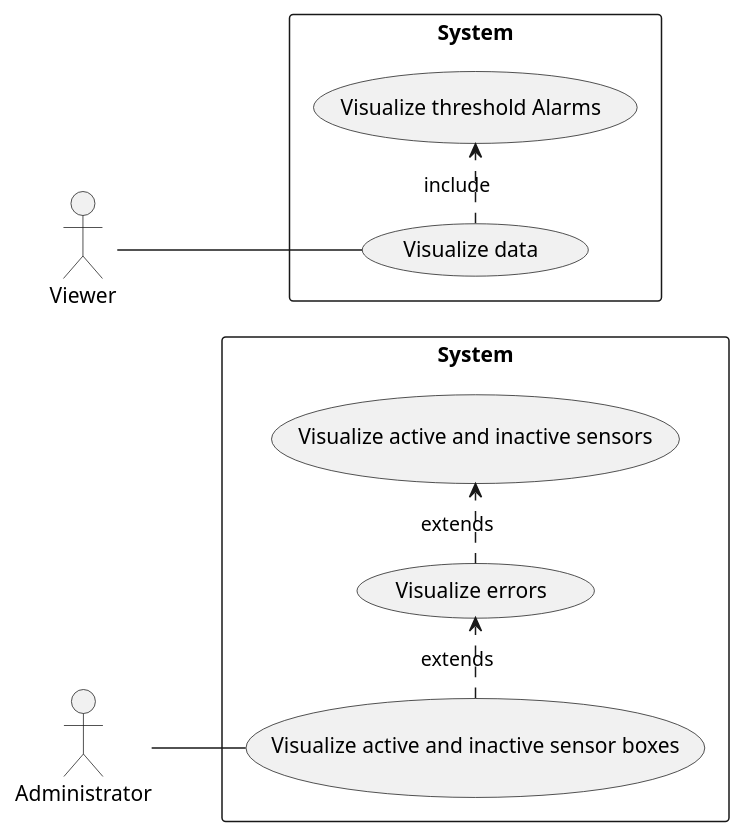
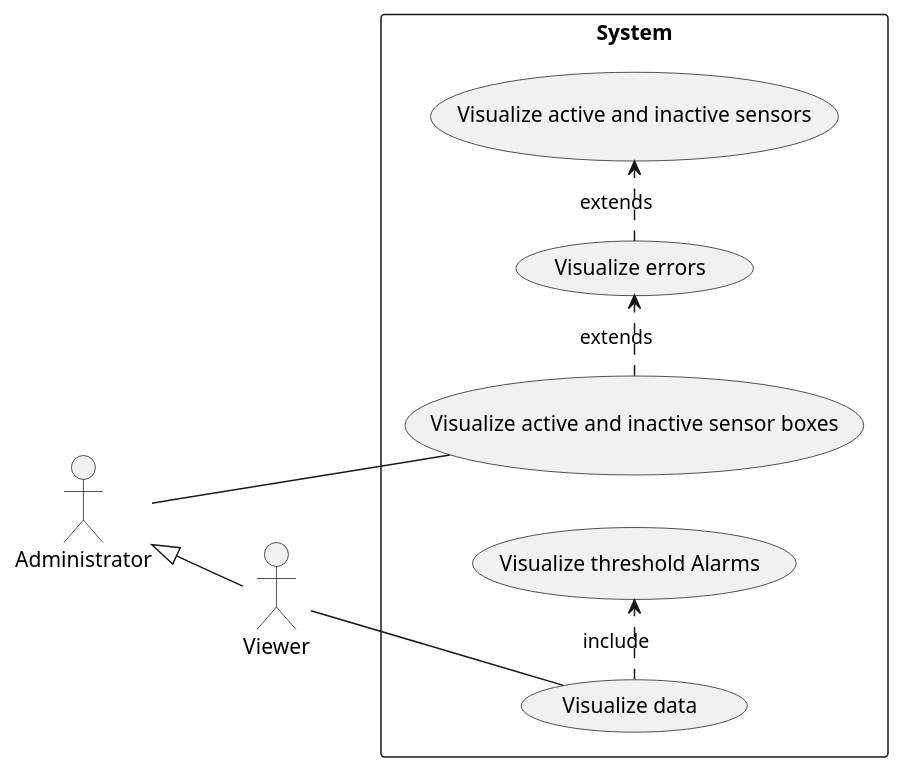
Before and after one commit to 2324-5bhitm-itp/2223-4bhitm-project-iot-dashboard: the diagram in docs/asciidocs/plantuml/ucd.puml, drawn with PlantUML.

Commit message:
Corrected UCD

```diff
--- a/docs/asciidocs/plantuml/ucd.puml
+++ b/docs/asciidocs/plantuml/ucd.puml
@@ -1,32 +1,32 @@
 @startuml
 'https://plantuml.com/sequence-diagram
 
 'UCD -------------------------
 left to right direction
 
 actor "Administrator" as Administrator
 
 rectangle System as System {
   usecase "Visualize active and inactive sensor boxes" as UC1
 
   usecase "Visualize errors" as UC2
   usecase "Visualize active and inactive sensors" as UC3
+
+  usecase "Visualize data" as UC12
+  usecase "Visualize threshold Alarms" as UC22
 }
 
 Administrator -- UC1
 
 (UC1) .> (UC2) : extends
 (UC2) .> (UC3) : extends
 
 'UCD2 ------------------------
 actor "Viewer" as School
 
-rectangle System as System2 {
-  usecase "Visualize data" as UC12
-  usecase "Visualize threshold Alarms" as UC22
-}
+Administrator <|-- School
 
 School -- UC12
 (UC12) .> (UC22) : include
 
 @enduml
```
